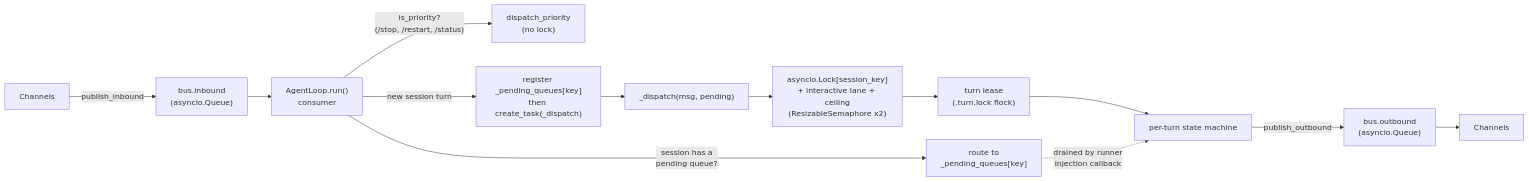
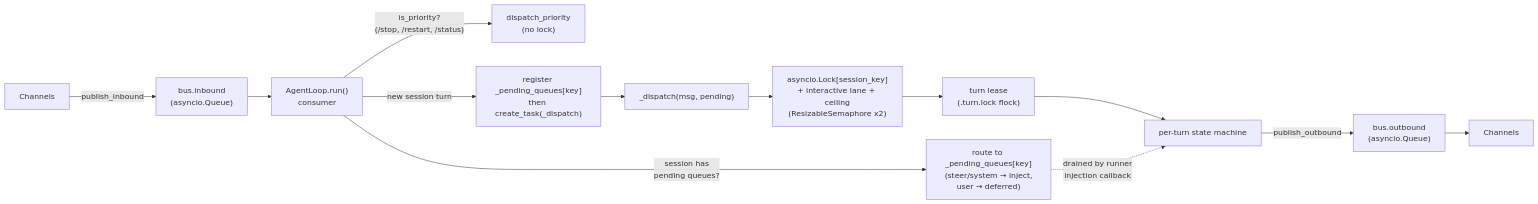
One commit to mmarmol/durin changed the second of 3 diagrams in docs/internals/loop.md. Above: the diagram before and after it, drawn with Mermaid. The commit also changed other lines of this file and 21 other files, not shown here.

First line of the commit message:
feat(chat): mid-turn messages queue by default; steer is an explicit gesture

````diff
--- a/docs/internals/loop.md
+++ b/docs/internals/loop.md
@@ -102,15 +108,15 @@
 ```mermaid
 flowchart LR
     Ch[Channels] -->|publish_inbound| Inb["bus.inbound<br/>(asyncio.Queue)"]
     Inb --> RunLoop["AgentLoop.run()<br/>consumer"]
     RunLoop -->|"is_priority?<br/>(/stop, /restart, /status)"| Prio["dispatch_priority<br/>(no lock)"]
-    RunLoop -->|"session has a<br/>pending queue?"| Inject["route to<br/>_pending_queues[key]"]
+    RunLoop -->|"session has<br/>pending queues?"| Inject["route to _pending_queues[key]<br/>(steer/system → inject,<br/>user → deferred)"]
     RunLoop -->|"new session turn"| NewTask["register _pending_queues[key]<br/>then create_task(_dispatch)"]
     NewTask --> Disp["_dispatch(msg, pending)"]
     Disp --> Lock["asyncio.Lock[session_key]<br/>+ interactive lane + ceiling<br/>(ResizableSemaphore x2)"]
     Lock --> Lease["turn lease<br/>(.turn.lock flock)"]
     Lease --> SM[per-turn state machine]
     Inject -.->|"drained by runner<br/>injection callback"| SM
     SM -->|publish_outbound| Outb["bus.outbound<br/>(asyncio.Queue)"]
     Outb --> Ch2[Channels]
 ```
````
